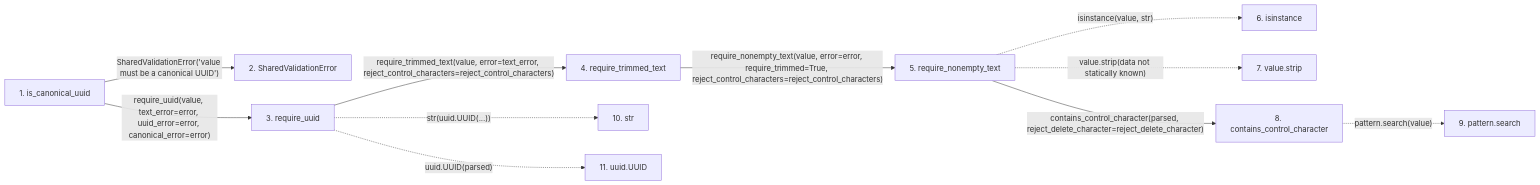
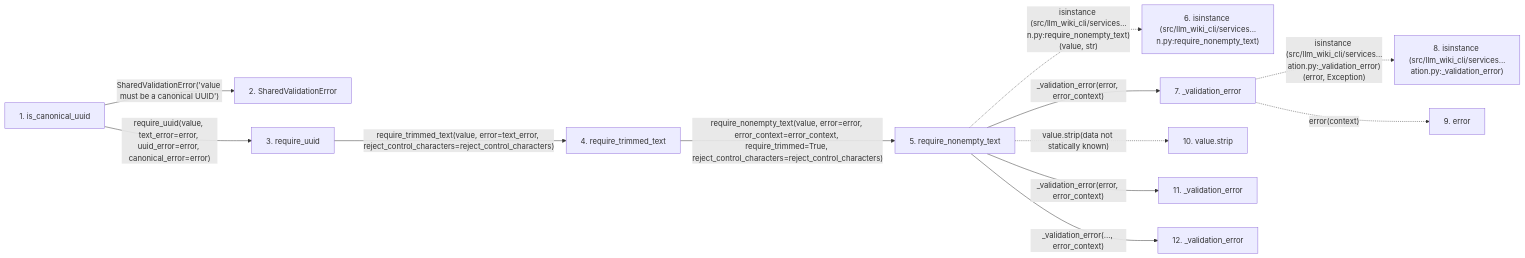
Before and after one commit to Denissvgn/python-wiki-llm: the second of 2 diagrams in docs/llm_wiki/flows/api-is_canonical_uuid.md, drawn with Mermaid. The commit also changed other lines of this file and 627 other files, not shown here.

````diff
--- a/docs/llm_wiki/flows/api-is_canonical_uuid.md
+++ b/docs/llm_wiki/flows/api-is_canonical_uuid.md
@@ -71,30 +81,34 @@
 ```mermaid
 flowchart LR
     s1["1. is_canonical_uuid"]
     s2["2. SharedValidationError"]
     s3["3. require_uuid"]
     s4["4. require_trimmed_text"]
     s5["5. require_nonempty_text"]
-    s6["6. isinstance"]
-    s7["7. value.strip"]
-    s8["8. contains_control_character"]
-    s9["9. pattern.search"]
-    s10["10. str"]
-    s11["11. uuid.UUID"]
+    s6["6. isinstance (src/llm_wiki_cli/services…n.py:require_nonempty_text)"]
+    s7["7. _validation_error"]
+    s8["8. isinstance (src/llm_wiki_cli/services…ation.py:_validation_error)"]
+    s9["9. error"]
+    s10["10. value.strip"]
+    s11["11. _validation_error"]
+    s12["12. _validation_error"]
     s1 -->|"SharedValidationError('value must be a canonical UUID')"| s2
     s1 -->|"require_uuid(value, text_error=error, uuid_error=error, canonical_error=error)"| s3
     s3 -->|"require_trimmed_text(value, error=text_error, reject_control_characters=reject_control_characters)"| s4
-    s4 -->|"require_nonempty_text(value, error=error, require_trimmed=True, reject_control_characters=reject_control_characters)"| s5
-    s5 -. "isinstance(value, str)" .-> s6
-    s5 -. "value.strip(data not statically known)" .-> s7
-    s5 -->|"contains_control_character(parsed, reject_delete_character=reject_delete_character)"| s8
-    s8 -. "pattern.search(value)" .-> s9
-    s3 -. "str(uuid.UUID(...))" .-> s10
-    s3 -. "uuid.UUID(parsed)" .-> s11
+    s4 -->|"require_nonempty_text(value, error=error, error_context=error_context, require_trimmed=True, reject_control_characters=reject_control_characters)"| s5
+    s5 -. "isinstance (src/llm_wiki_cli/services…n.py:require_nonempty_text)(value, str)" .-> s6
+    s5 -->|"_validation_error(error, error_context)"| s7
+    s7 -. "isinstance (src/llm_wiki_cli/services…ation.py:_validation_error)(error, Exception)" .-> s8
+    s7 -. "error(context)" .-> s9
+    s5 -. "value.strip(data not statically known)" .-> s10
+    s5 -->|"_validation_error(error, error_context)"| s11
+    s5 -->|"_validation_error(..., error_context)"| s12
     click s1 "../modules/validation.md"
     click s2 "../modules/validation.md"
     click s3 "../modules/validation.md"
     click s4 "../modules/validation.md"
     click s5 "../modules/validation.md"
-    click s8 "../modules/validation.md"
+    click s7 "../modules/validation.md"
+    click s11 "../modules/validation.md"
+    click s12 "../modules/validation.md"
 ```
````
